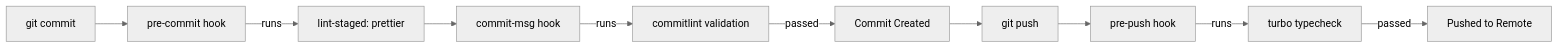
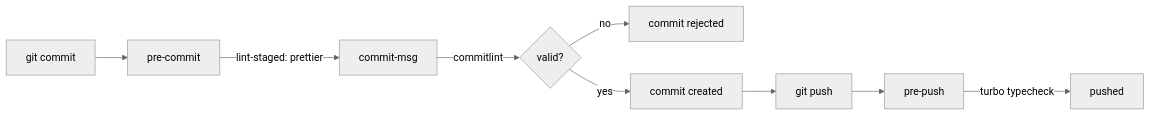
The diagram in docs/COMMIT_CONVENTIONS.md (kavindu-xleron/nest-next-monorepo-template), drawn with Mermaid (neutral theme) before and after one commit. The commit also changed other lines of this file and 3 other files, not shown here.

````diff
--- a/docs/COMMIT_CONVENTIONS.md
+++ b/docs/COMMIT_CONVENTIONS.md
@@ -82,12 +157,11 @@
 ```mermaid
 flowchart LR
-    A[git commit] --> B[pre-commit hook]
-    B -->|runs| C[lint-staged: prettier]
-    C --> D[commit-msg hook]
-    D -->|runs| E[commitlint validation]
-    E -->|passed| F[Commit Created]
+    A[git commit] --> B[pre-commit]
+    B -->|lint-staged: prettier| C[commit-msg]
+    C -->|commitlint| D{valid?}
+    D -->|no| E[commit rejected]
+    D -->|yes| F[commit created]
     F --> G[git push]
-    G --> H[pre-push hook]
-    H -->|runs| I[turbo typecheck]
-    I -->|passed| J[Pushed to Remote]
+    G --> H[pre-push]
+    H -->|turbo typecheck| I[pushed]
 ```
````
